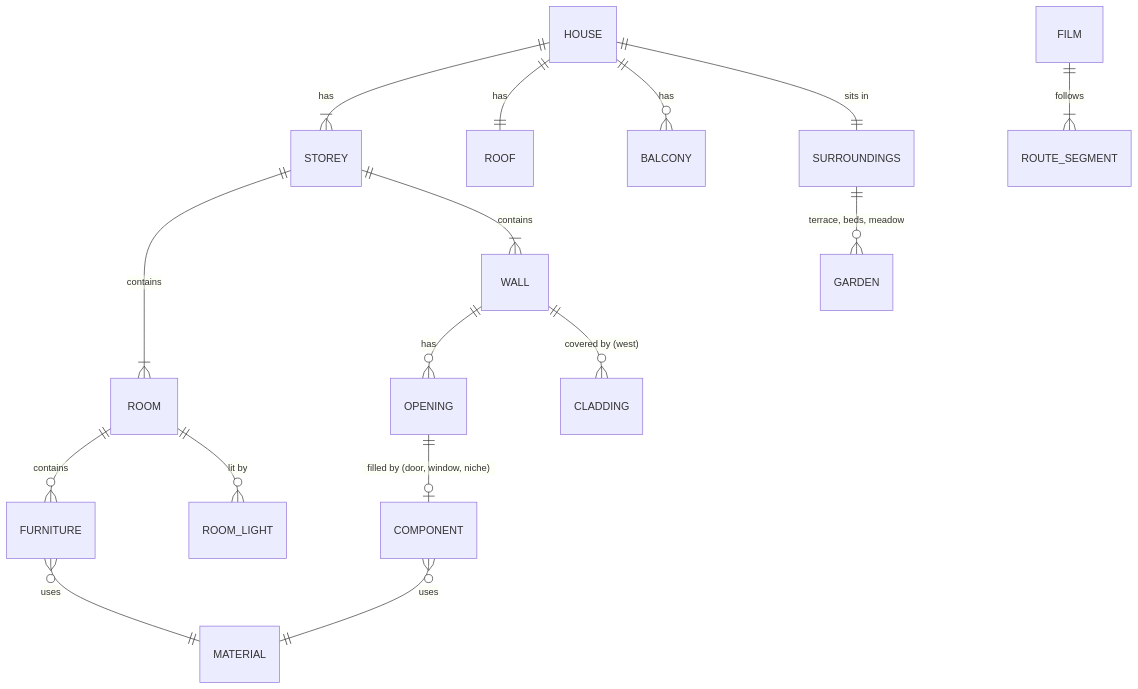
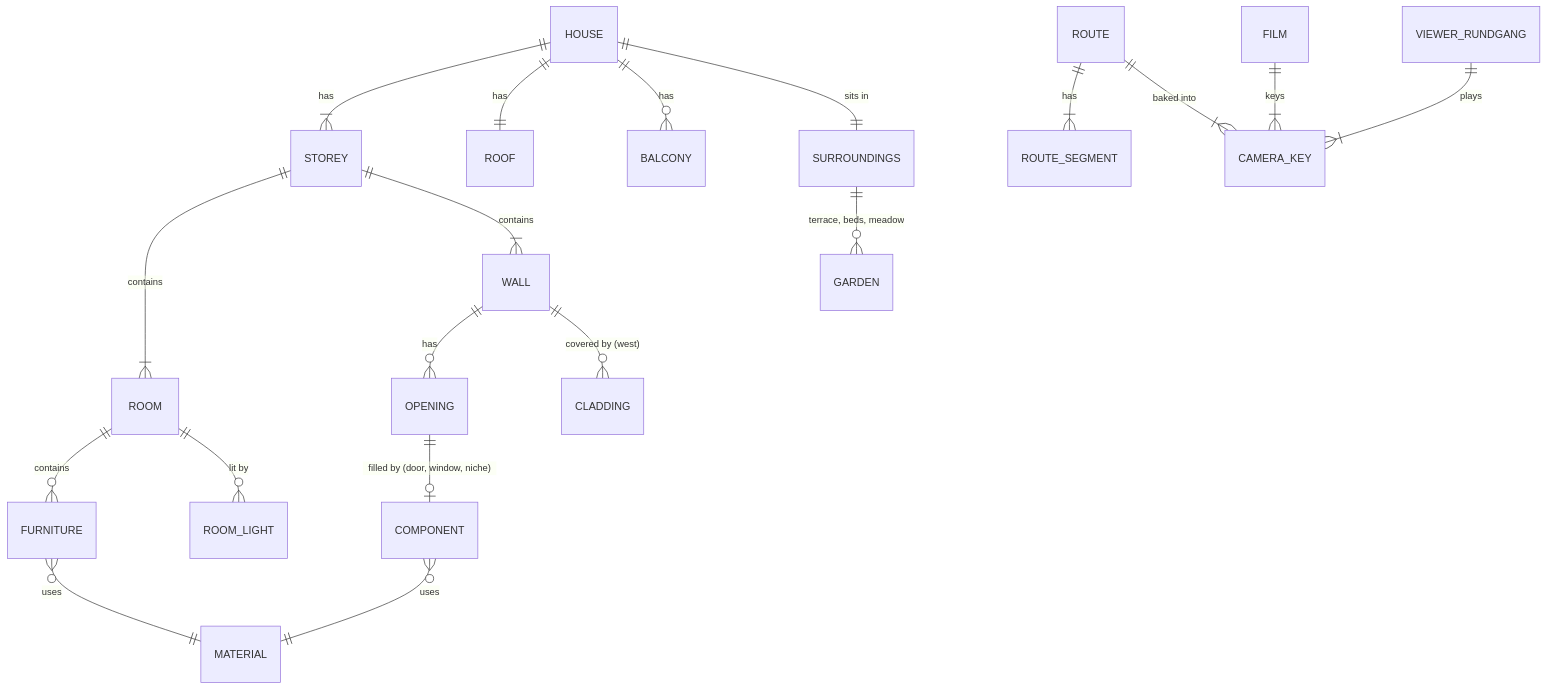
Before and after one commit to tillg/frechen_blender: the first of 4 diagrams in specs/system/domain.md, drawn with Mermaid. The commit also changed other lines of this file and 17 other files, not shown here.

Commit message:
Viewer Rundgang in the system docs; OG route peeks into Bichlach, camera 1.60 m; Stube sofa and seating corner, Briol table, Waschküche, OG Flur sink; one dev server on 5377

````diff
--- a/specs/system/domain.md
+++ b/specs/system/domain.md
@@ -59,18 +61,21 @@
 ```mermaid
 erDiagram
     HOUSE ||--|{ STOREY : has
     HOUSE ||--|| ROOF : has
     HOUSE ||--o{ BALCONY : has
     STOREY ||--|{ ROOM : contains
     STOREY ||--|{ WALL : contains
     WALL ||--o{ OPENING : has
     OPENING ||--o| COMPONENT : "filled by (door, window, niche)"
     ROOM ||--o{ FURNITURE : contains
     ROOM ||--o{ ROOM_LIGHT : "lit by"
     WALL ||--o{ CLADDING : "covered by (west)"
     COMPONENT }o--|| MATERIAL : uses
     FURNITURE }o--|| MATERIAL : uses
     HOUSE ||--|| SURROUNDINGS : "sits in"
     SURROUNDINGS ||--o{ GARDEN : "terrace, beds, meadow"
-    FILM ||--|{ ROUTE_SEGMENT : follows
+    ROUTE ||--|{ ROUTE_SEGMENT : has
+    ROUTE ||--|{ CAMERA_KEY : "baked into"
+    FILM ||--|{ CAMERA_KEY : keys
+    VIEWER_RUNDGANG ||--|{ CAMERA_KEY : plays
 ```
````
